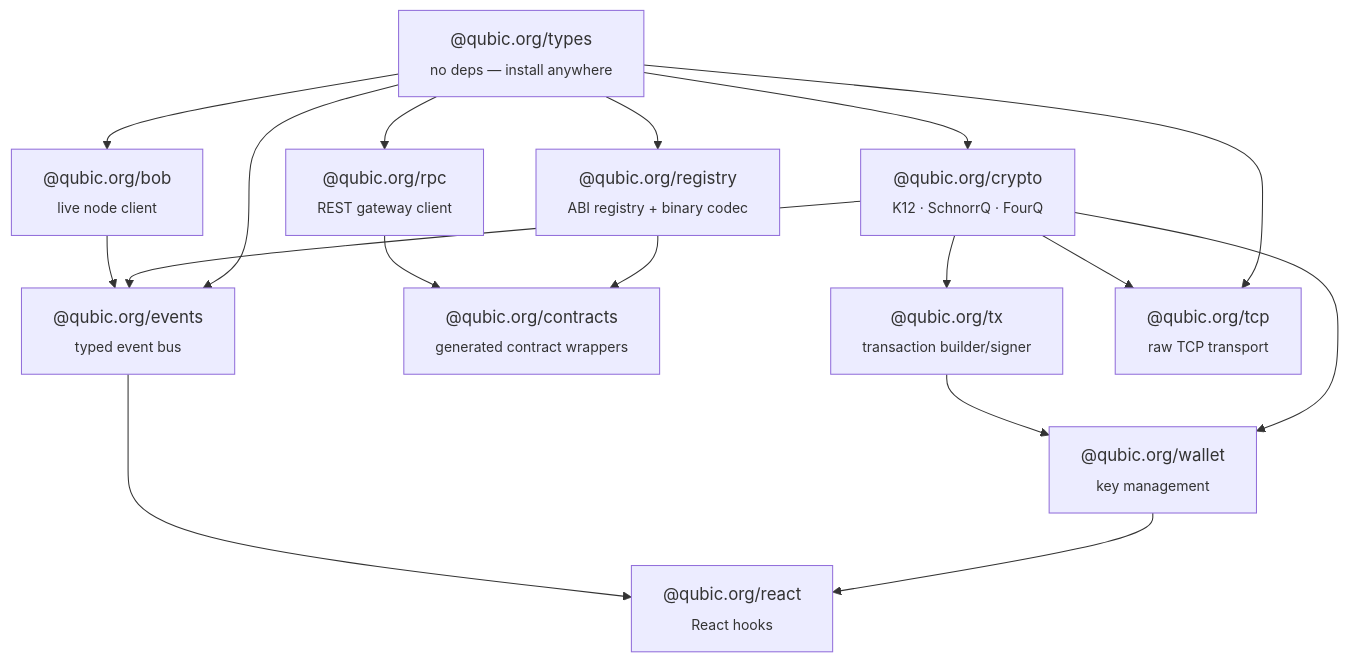
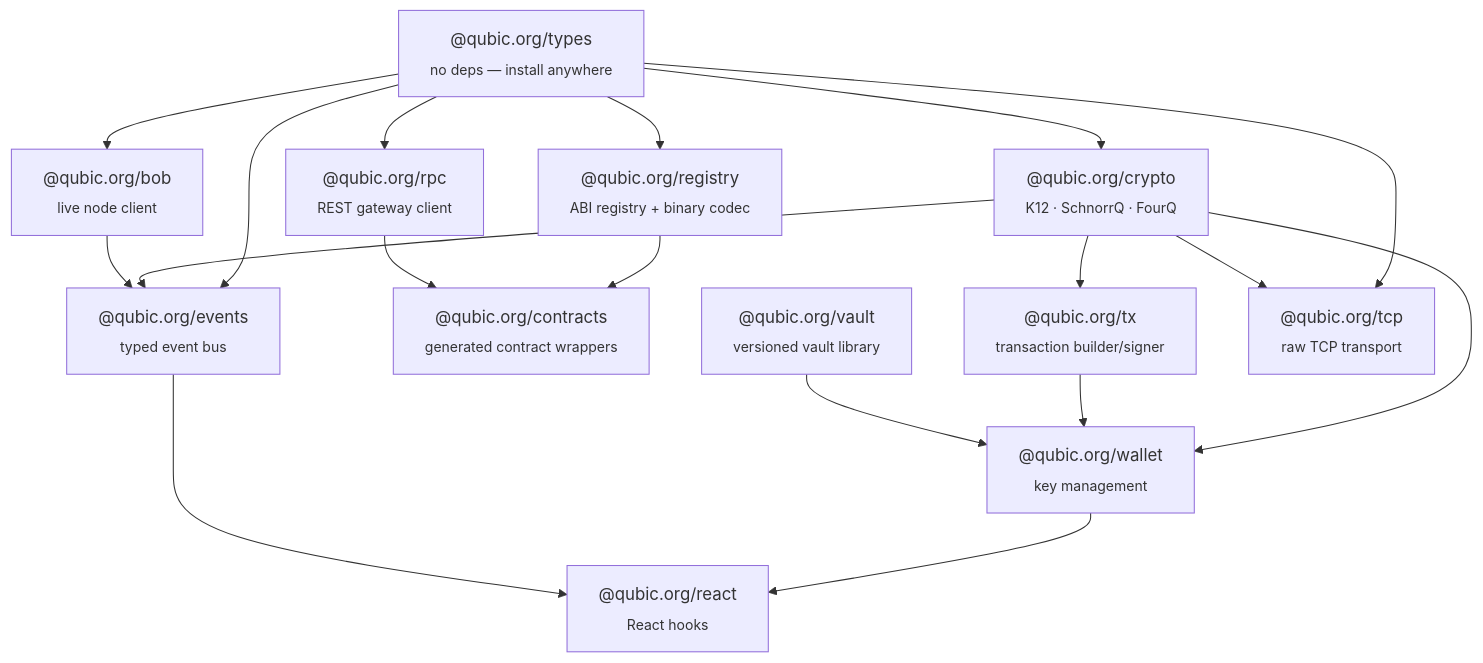
One commit to qubic/qubic-typescript changed the first of 2 diagrams in README.md. Above: the diagram before and after it, drawn with Mermaid. The commit also changed other lines of this file and 1 other file, not shown here.

Commit message:
docs(vault): add README and update main docs
- Add vault package README with usage examples
- Add vault to packages table in main README
- Add vault to dependency graph and monorepo structure

````diff
--- a/README.md
+++ b/README.md
@@ -36,31 +37,33 @@
 ```mermaid
 graph TD
   types["@qubic.org/types<br/><sub>no deps — install anywhere</sub>"]
   crypto["@qubic.org/crypto<br/><sub>K12 · SchnorrQ · FourQ</sub>"]
   tx["@qubic.org/tx<br/><sub>transaction builder/signer</sub>"]
   rpc["@qubic.org/rpc<br/><sub>REST gateway client</sub>"]
   registry["@qubic.org/registry<br/><sub>ABI registry + binary codec</sub>"]
   contracts["@qubic.org/contracts<br/><sub>generated contract wrappers</sub>"]
   bob["@qubic.org/bob<br/><sub>live node client</sub>"]
   wallet["@qubic.org/wallet<br/><sub>key management</sub>"]
+  vault["@qubic.org/vault<br/><sub>versioned vault library</sub>"]
   events["@qubic.org/events<br/><sub>typed event bus</sub>"]
   tcp["@qubic.org/tcp<br/><sub>raw TCP transport</sub>"]
   react["@qubic.org/react<br/><sub>React hooks</sub>"]
 
   types --> crypto
   types --> rpc
   types --> registry
   types --> bob
   types --> tcp
   types --> events
   crypto --> tx
   crypto --> wallet
   crypto --> tcp
   crypto --> events
   tx --> wallet
   registry --> contracts
   rpc --> contracts
   bob --> events
   wallet --> react
+  vault --> wallet
   events --> react
 ```
````
